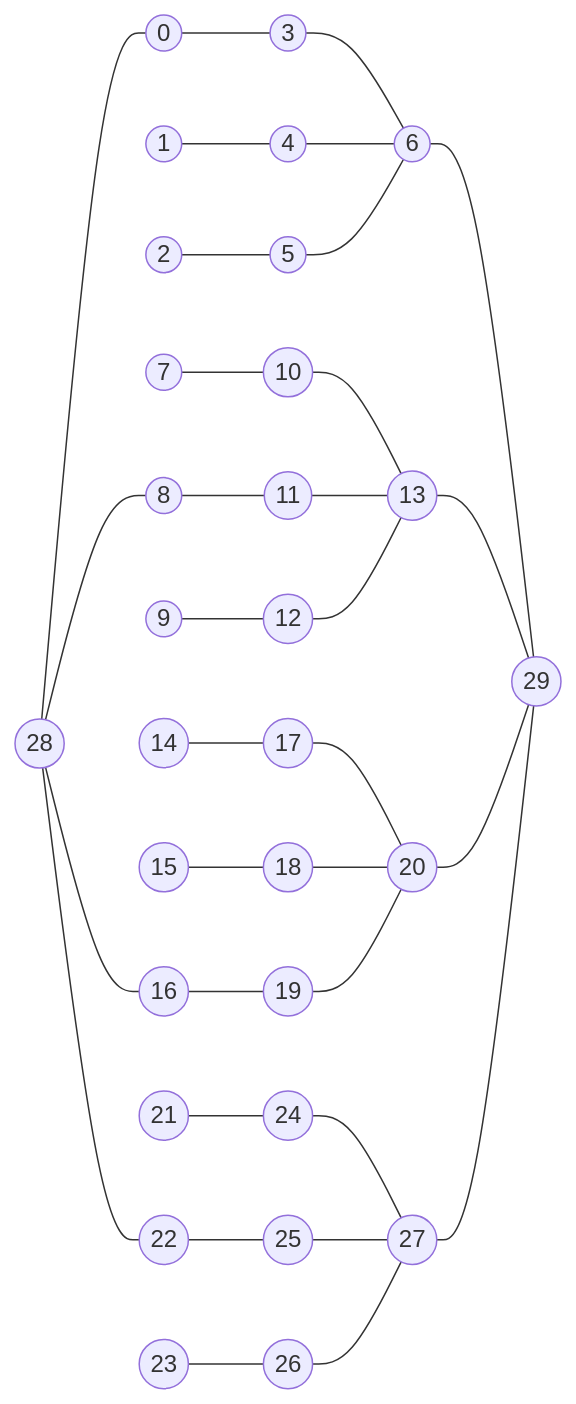
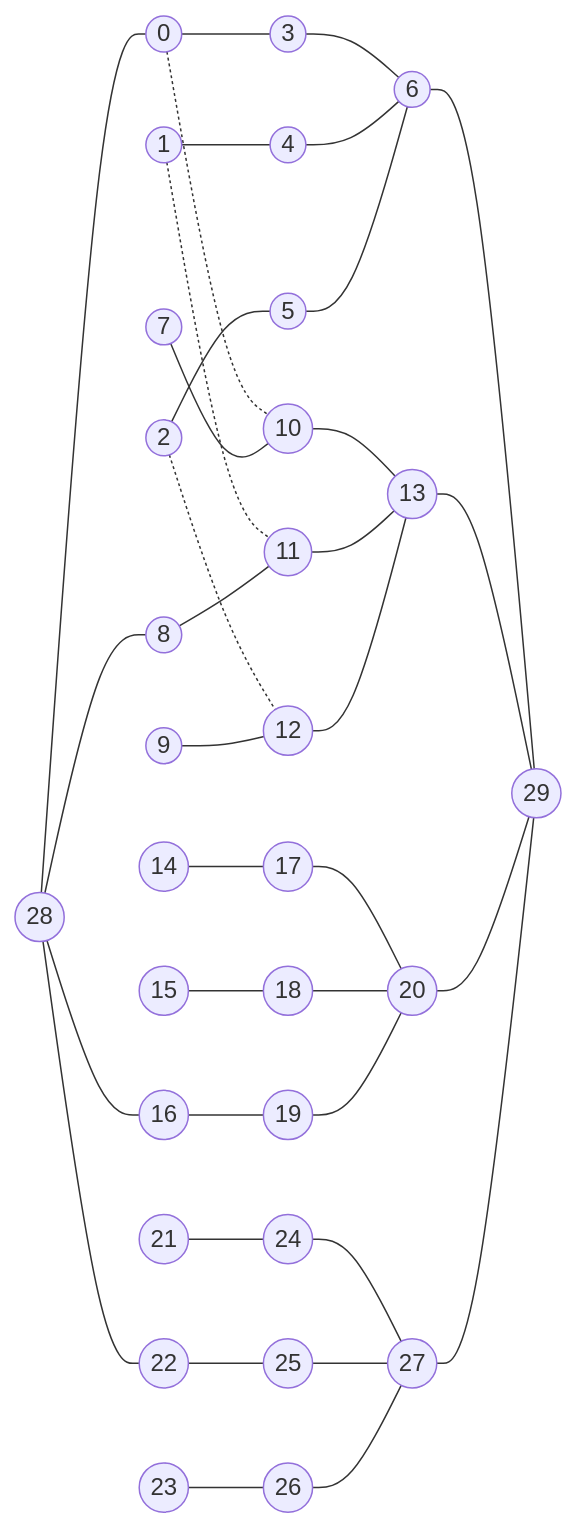
One commit to bfeitknecht/vault changed the fifth of 5 diagrams in sem2/AuW/UE/cx/bf/cx12-great-harvest.md. Above: the diagram before and after it, drawn with Mermaid. The commit also changed 1 other file, not shown here.

Commit message:
backup: 2024-07-15T09:08:28+02:00 from MacBook Pro (echo)
Affected files:
.obsidian/vault-stats.json
sem2/AuW/UE/cx/bf/cx12-great-harvest.md

````diff
--- a/sem2/AuW/UE/cx/bf/cx12-great-harvest.md
+++ b/sem2/AuW/UE/cx/bf/cx12-great-harvest.md
@@ -227,64 +227,68 @@
 ```mermaid
 flowchart LR
 
 %%%%%%%%%%%%%%%%%%%%%%%%%%%%%%%%%%%%%%%%%%
 
 ids0v1((0))
 ids0v2((1))
 ids0v3((2))
 idt0v1((3))
 idt0v2((4))
 idt0v3((5))
 idc0((6))
 
 ids1v1((7))
 ids1v2((8))
 ids1v3((9))
 idt1v1((10))
 idt1v2((11))
 idt1v3((12))
 idc1((13))
 
 ids2v1((14))
 ids2v2((15))
 ids2v3((16))
 idt2v1((17))
 idt2v2((18))
 idt2v3((19))
 idc2((20))
 
 ids3v1((21))
 ids3v2((22))
 ids3v3((23))
 idt3v1((24))
 idt3v2((25))
 idt3v3((26))
 idc3((27))
 
 idS((28))
 idT((29))
 
 %%%%%%%%%%%%%%%%%%%%%%%%%%%%%%%%%%%%%%%%%%
 
 idS --- ids0v1 & ids1v2 & ids2v3 & ids3v2
 
 ids0v1 --- idt0v1 --- idc0
 ids0v2 --- idt0v2 --- idc0
 ids0v3 --- idt0v3 --- idc0
 
+ids0v1 -.- idt1v1
+ids0v2 -.- idt1v2
+ids0v3 -.- idt1v3
+
 ids1v1 --- idt1v1 --- idc1
 ids1v2 --- idt1v2 --- idc1
 ids1v3 --- idt1v3 --- idc1
 
 ids2v1 --- idt2v1 --- idc2
 ids2v2 --- idt2v2 --- idc2
 ids2v3 --- idt2v3 --- idc2
 
 ids3v1 --- idt3v1 --- idc3
 ids3v2 --- idt3v2 --- idc3
 ids3v3 --- idt3v3 --- idc3
 
 idc0 & idc1 & idc2 & idc3 --- idT
 
 %%%%%%%%%%%%%%%%%%%%%%%%%%%%%%%%%%%%%%%%%%
 ```
````
